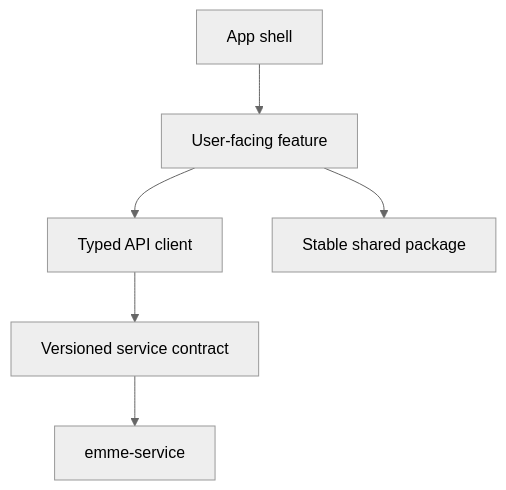
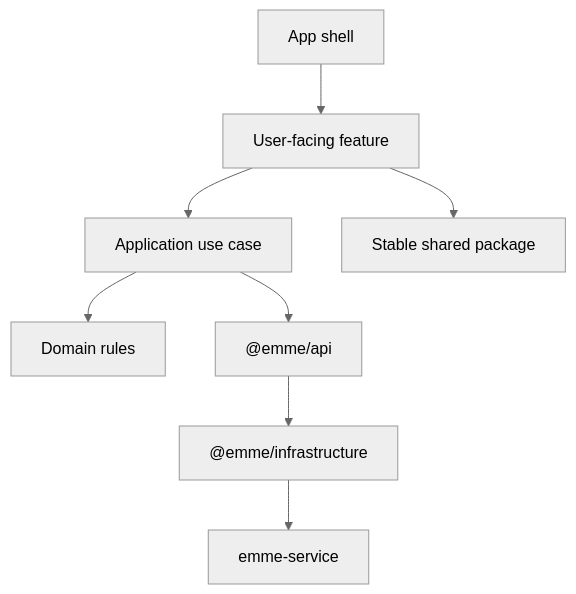
Before and after one commit to migangdelzar/emme-web: the first of 2 diagrams in docs/architecture/00-project/architecture-model.md, drawn with Mermaid (neutral theme). The commit also changed other lines of this file and 28 other files, not shown here.

Commit message:
docs(architecture): finalize hexagonal library migration

````diff
--- a/docs/architecture/00-project/architecture-model.md
+++ b/docs/architecture/00-project/architecture-model.md
@@ -9,8 +9,10 @@
 ```mermaid
 flowchart TB
     Shell["App shell"] --> Feature["User-facing feature"]
-    Feature --> Client["Typed API client"]
-    Client --> Contract["Versioned service contract"]
-    Contract --> Service["emme-service"]
+    Feature --> Application["Application use case"]
+    Application --> Domain["Domain rules"]
+    Application --> Api["@emme/api"]
+    Api --> Infrastructure["@emme/infrastructure"]
+    Infrastructure --> Service["emme-service"]
     Feature --> Shared["Stable shared package"]
 ```
````
